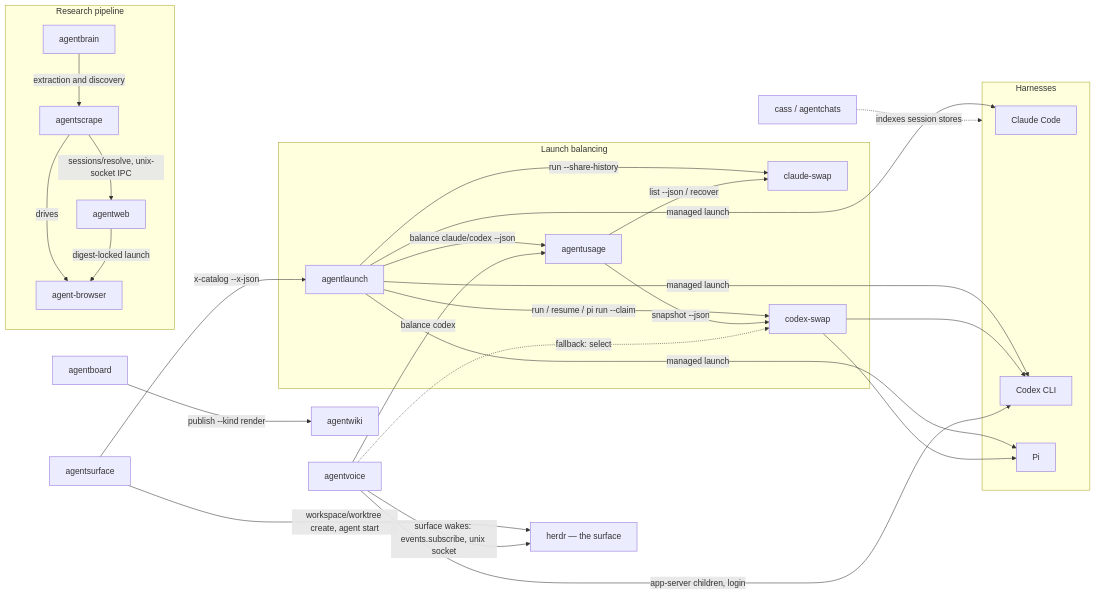
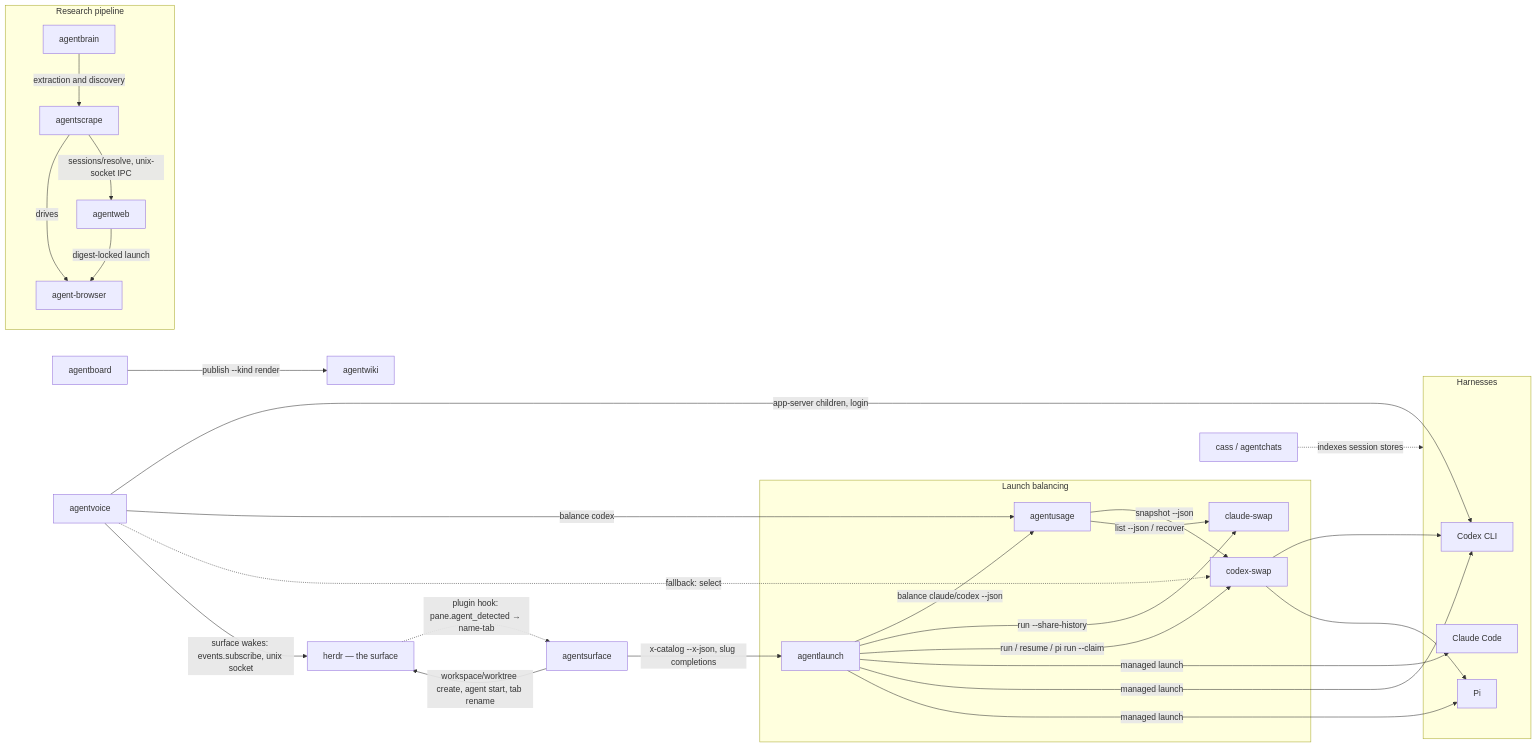
One commit to possibilities/agentdots changed the first of 3 diagrams in skills/fleet/MAP.md. Above: the diagram before and after it, drawn with Mermaid. The commit also changed other lines of this file and 4 other files, not shown here.

First line of the commit message:
Adopt agentsurface: checkout contract, herdr plugin link, cleanup un-retire

````diff
--- a/skills/fleet/MAP.md
+++ b/skills/fleet/MAP.md
@@ -18,52 +18,53 @@
 ```mermaid
 flowchart LR
     subgraph harnesses [Harnesses]
         claude[Claude Code]
         codex[Codex CLI]
         pi[Pi]
     end
 
     subgraph balancing [Launch balancing]
         launch[agentlaunch]
         usage[agentusage]
         claudeSwap[claude-swap]
         swap[codex-swap]
     end
 
     subgraph research [Research pipeline]
         brain[agentbrain]
         scrape[agentscrape]
         web[agentweb]
         browser[agent-browser]
     end
 
     voice[agentvoice]
     board[agentboard]
     wiki[agentwiki]
     chats[cass / agentchats]
     herdr[herdr — the surface]
     surface[agentsurface]
 
-    surface -->|x-catalog --x-json| launch
-    surface -->|workspace/worktree create, agent start| herdr
+    surface -->|x-catalog --x-json, slug completions| launch
+    surface -->|workspace/worktree create, agent start, tab rename| herdr
+    herdr -.->|plugin hook: pane.agent_detected → name-tab| surface
     launch -->|balance claude/codex --json| usage
     launch -->|run --share-history| claudeSwap
     launch -->|run / resume / pi run --claim| swap
     launch -->|managed launch| claude
     launch -->|managed launch| codex
     launch -->|managed launch| pi
     swap --> codex
     swap --> pi
     usage -->|snapshot --json| swap
     usage -->|list --json / recover| claudeSwap
     voice -->|app-server children, login| codex
     voice -->|balance codex| usage
     voice -.->|fallback: select| swap
     voice -->|surface wakes: events.subscribe, unix socket| herdr
     brain -->|extraction and discovery| scrape
     scrape -->|drives| browser
     scrape -->|sessions/resolve, unix-socket IPC| web
     web -->|digest-locked launch| browser
     board -->|publish --kind render| wiki
     chats -.->|indexes session stores| harnesses
 ```
````
